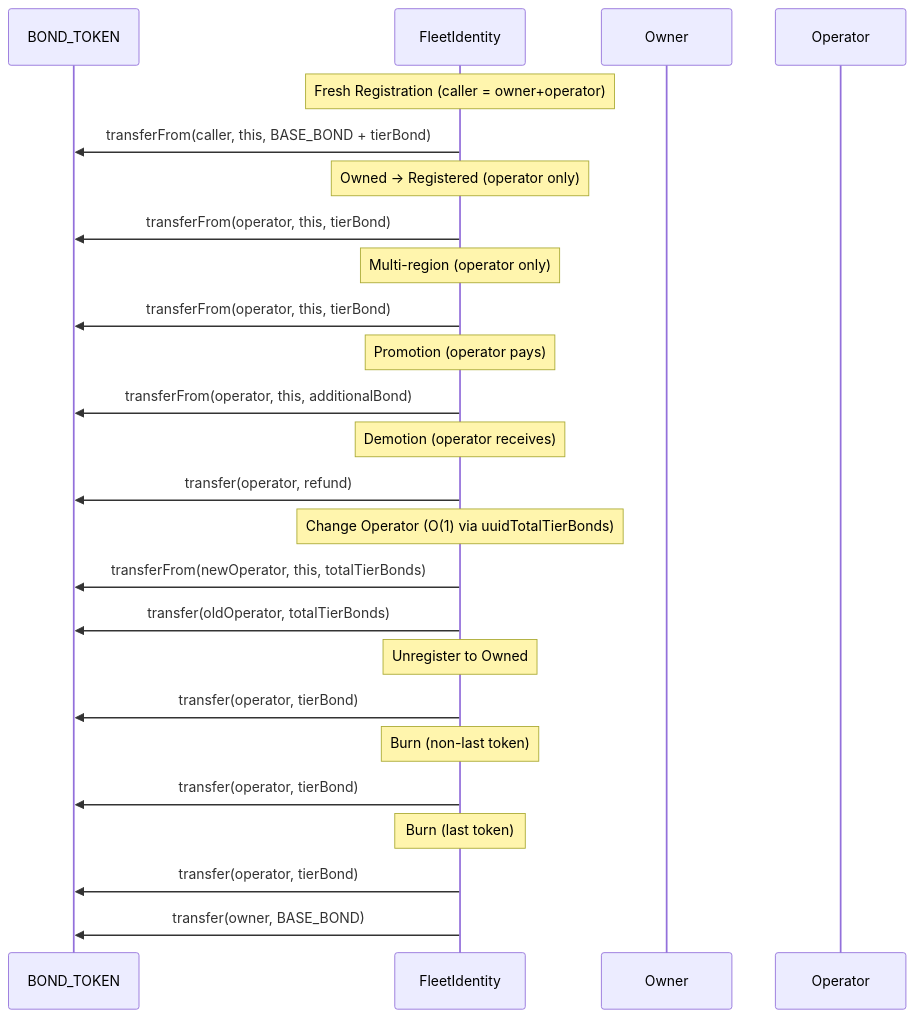
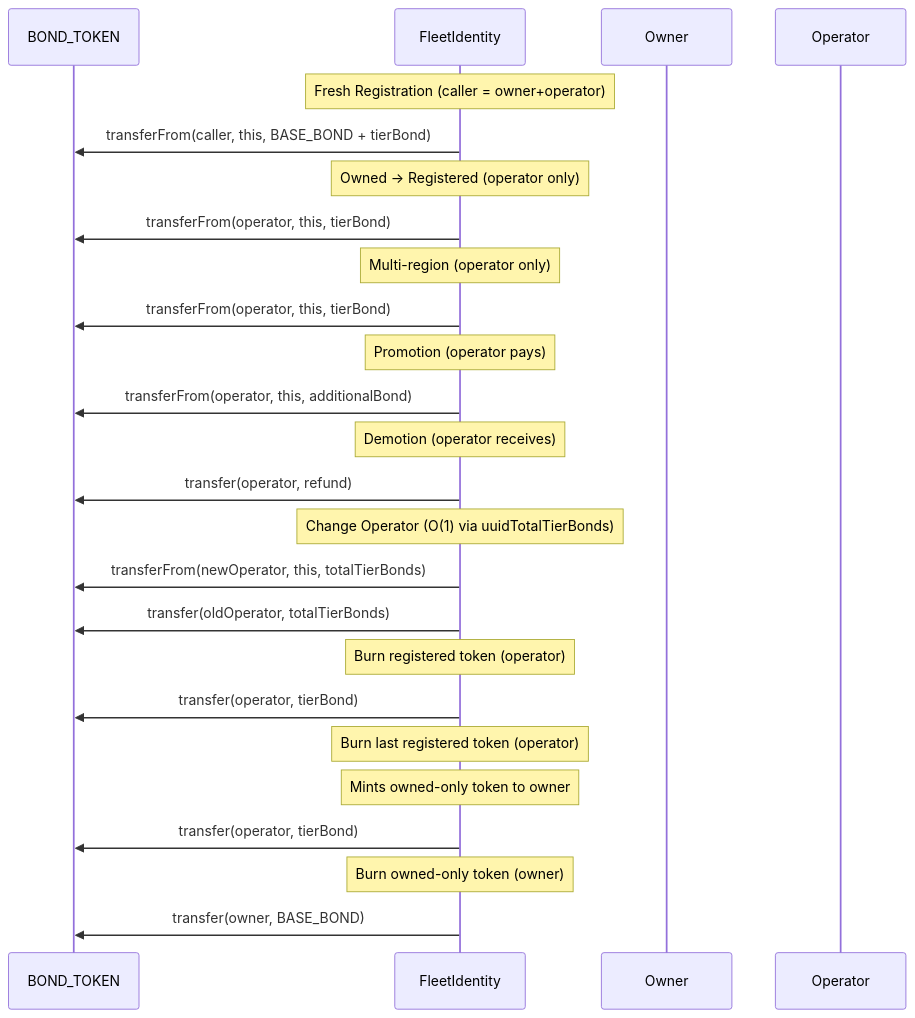
One commit to NodleCode/rollup changed the third of 4 diagrams in src/swarms/doc/lifecycle.md. Above: the diagram before and after it, drawn with Mermaid. The commit also changed other lines of this file and 7 other files, not shown here.

````diff
--- a/src/swarms/doc/lifecycle.md
+++ b/src/swarms/doc/lifecycle.md
@@ -68,36 +70,36 @@
 ```mermaid
 sequenceDiagram
     participant TOKEN as BOND_TOKEN
     participant FI as FleetIdentity
     participant Owner
     participant Operator
 
     Note over FI: Fresh Registration (caller = owner+operator)
     FI->>TOKEN: transferFrom(caller, this, BASE_BOND + tierBond)
 
     Note over FI: Owned → Registered (operator only)
     FI->>TOKEN: transferFrom(operator, this, tierBond)
 
     Note over FI: Multi-region (operator only)
     FI->>TOKEN: transferFrom(operator, this, tierBond)
 
     Note over FI: Promotion (operator pays)
     FI->>TOKEN: transferFrom(operator, this, additionalBond)
 
     Note over FI: Demotion (operator receives)
     FI->>TOKEN: transfer(operator, refund)
 
     Note over FI: Change Operator (O(1) via uuidTotalTierBonds)
     FI->>TOKEN: transferFrom(newOperator, this, totalTierBonds)
     FI->>TOKEN: transfer(oldOperator, totalTierBonds)
 
-    Note over FI: Unregister to Owned
+    Note over FI: Burn registered token (operator)
     FI->>TOKEN: transfer(operator, tierBond)
 
-    Note over FI: Burn (non-last token)
+    Note over FI: Burn last registered token (operator)
+    Note over FI: Mints owned-only token to owner
     FI->>TOKEN: transfer(operator, tierBond)
 
-    Note over FI: Burn (last token)
-    FI->>TOKEN: transfer(operator, tierBond)
+    Note over FI: Burn owned-only token (owner)
     FI->>TOKEN: transfer(owner, BASE_BOND)
 ```
````
